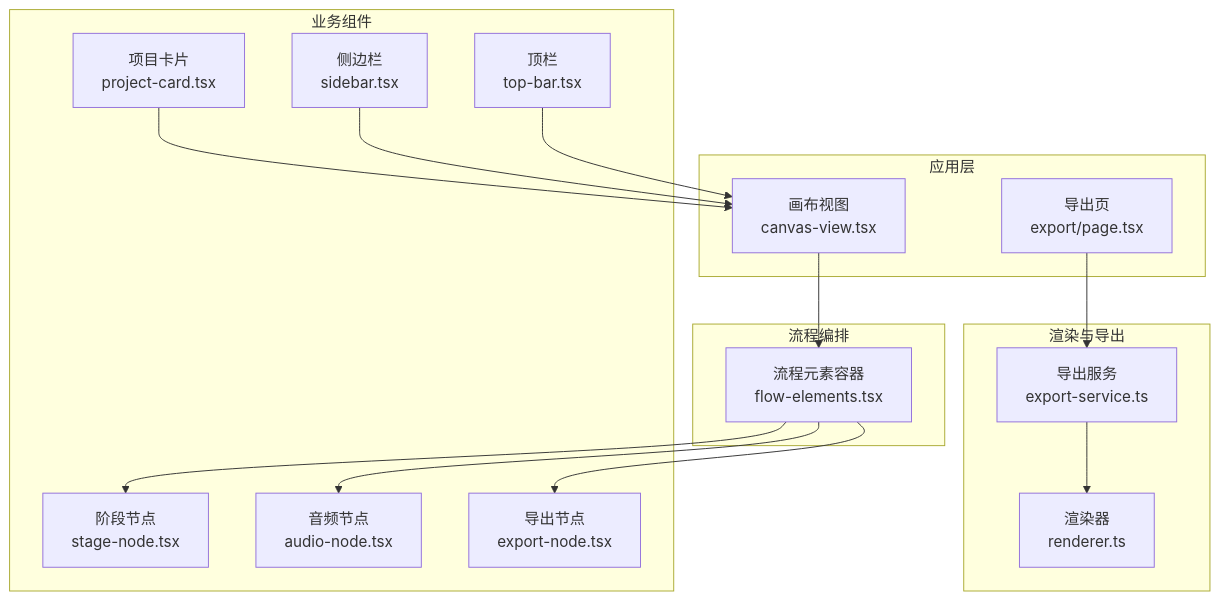
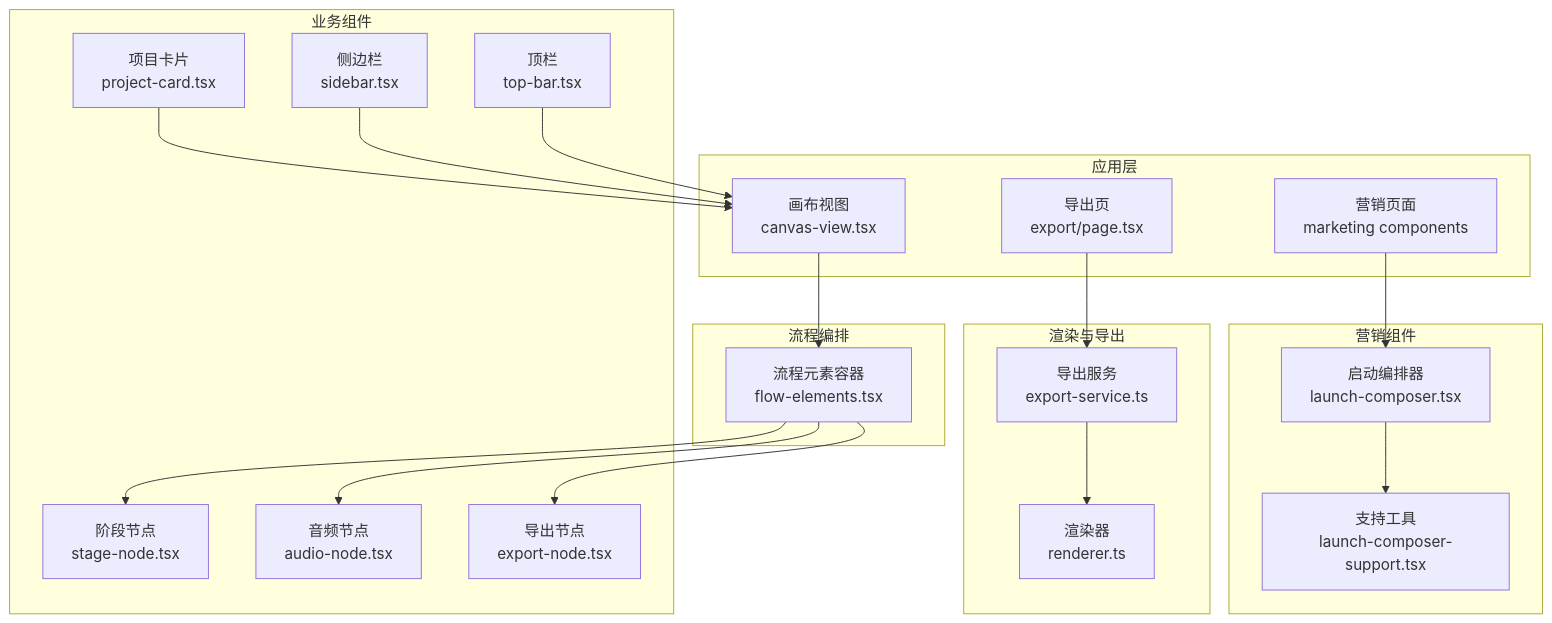
Before and after one commit to scottcwy/PurpleInk: the first of 8 diagrams in .qoder/repowiki/zh/content/前端架构/组件系统/业务组件.md, drawn with Mermaid. The commit also changed other lines of this file and 109 other files, not shown here.

````diff
--- a/.qoder/repowiki/zh/content/前端架构/组件系统/业务组件.md
+++ b/.qoder/repowiki/zh/content/前端架构/组件系统/业务组件.md
@@ -47,31 +60,38 @@
 ```mermaid
 graph TB
 subgraph "应用层"
 Canvas["画布视图<br/>canvas-view.tsx"]
 ExportPage["导出页<br/>export/page.tsx"]
+Marketing["营销页面<br/>marketing components"]
 end
 subgraph "业务组件"
 StageNode["阶段节点<br/>stage-node.tsx"]
 AudioNode["音频节点<br/>audio-node.tsx"]
 ExportNode["导出节点<br/>export-node.tsx"]
 ProjectCard["项目卡片<br/>project-card.tsx"]
 Sidebar["侧边栏<br/>sidebar.tsx"]
 TopBar["顶栏<br/>top-bar.tsx"]
+end
+subgraph "营销组件"
+LaunchComposer["启动编排器<br/>launch-composer.tsx"]
+SupportUtils["支持工具<br/>launch-composer-support.tsx"]
 end
 subgraph "流程编排"
 FlowElements["流程元素容器<br/>flow-elements.tsx"]
 end
 subgraph "渲染与导出"
 ExportService["导出服务<br/>export-service.ts"]
 Renderer["渲染器<br/>renderer.ts"]
 end
 Canvas --> FlowElements
 FlowElements --> StageNode
 FlowElements --> AudioNode
 FlowElements --> ExportNode
 ExportPage --> ExportService
 ExportService --> Renderer
+Marketing --> LaunchComposer
+LaunchComposer --> SupportUtils
 Sidebar --> Canvas
 TopBar --> Canvas
 ProjectCard --> Canvas
 ```
````
